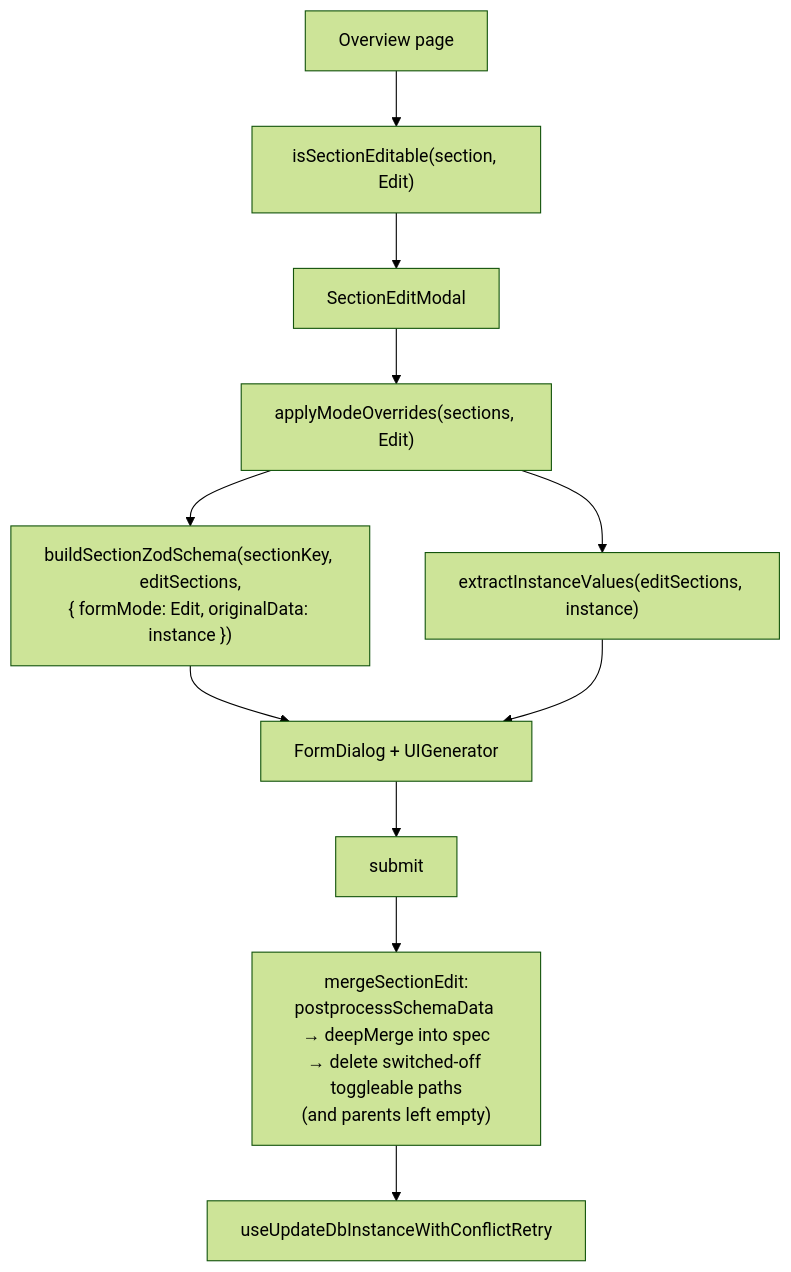
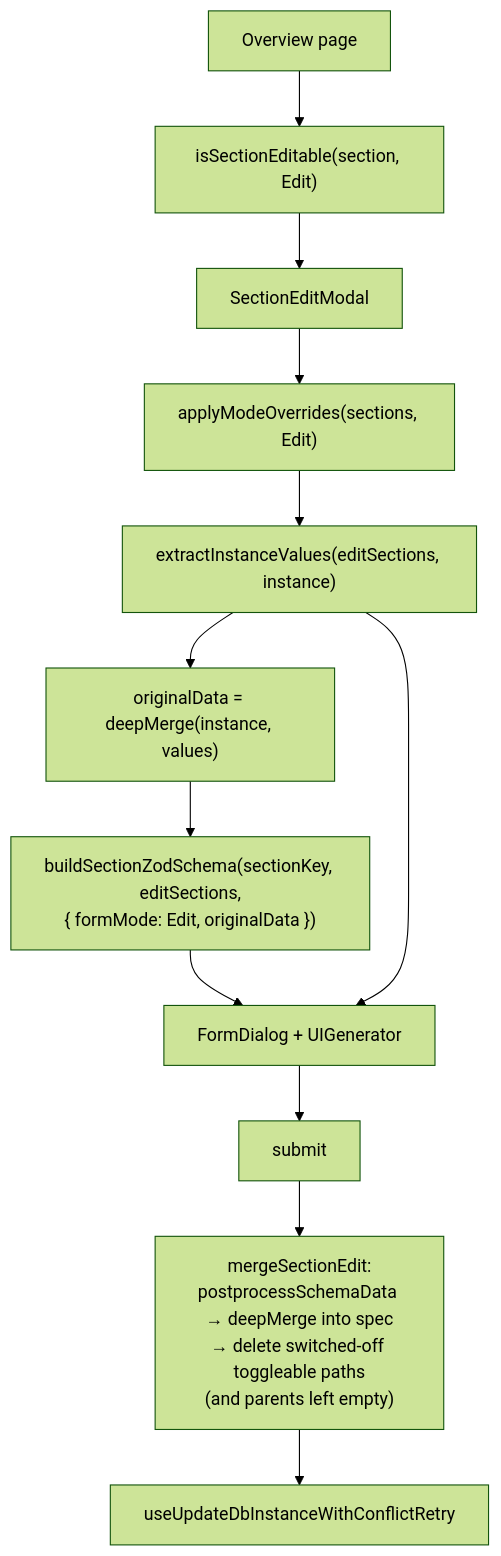
One commit to openeverest/openeverest changed the third of 3 diagrams in docs/ui/architecture/ui-generator/pipeline.md. Above: the diagram before and after it, drawn with Mermaid (forest theme). The commit also changed other lines of this file and 6 other files, not shown here.

First line of the commit message:
refactor(ui): build the CEL original from the form values

````diff
--- a/docs/ui/architecture/ui-generator/pipeline.md
+++ b/docs/ui/architecture/ui-generator/pipeline.md
@@ -154,13 +154,14 @@
 ```mermaid
 flowchart TD
   OVERVIEW["Overview page"] --> EDITABLE["isSectionEditable(section, Edit)"]
   EDITABLE --> MODAL["SectionEditModal"]
   MODAL --> MODE["applyModeOverrides(sections, Edit)"]
-  MODE --> ZOD_EDIT["buildSectionZodSchema(sectionKey, editSections,<br/>{ formMode: Edit, originalData: instance })"]
   MODE --> VALUES["extractInstanceValues(editSections, instance)"]
+  VALUES --> ORIGINAL["originalData = deepMerge(instance, values)"]
+  ORIGINAL --> ZOD_EDIT["buildSectionZodSchema(sectionKey, editSections,<br/>{ formMode: Edit, originalData })"]
   ZOD_EDIT --> FORM["FormDialog + UIGenerator"]
   VALUES --> FORM
   FORM --> SUBMIT["submit"]
   SUBMIT --> MERGE["mergeSectionEdit:<br/>postprocessSchemaData → deepMerge into spec<br/>→ delete switched-off toggleable paths<br/>(and parents left empty)"]
   MERGE --> UPDATE["useUpdateDbInstanceWithConflictRetry"]
 ```
````
